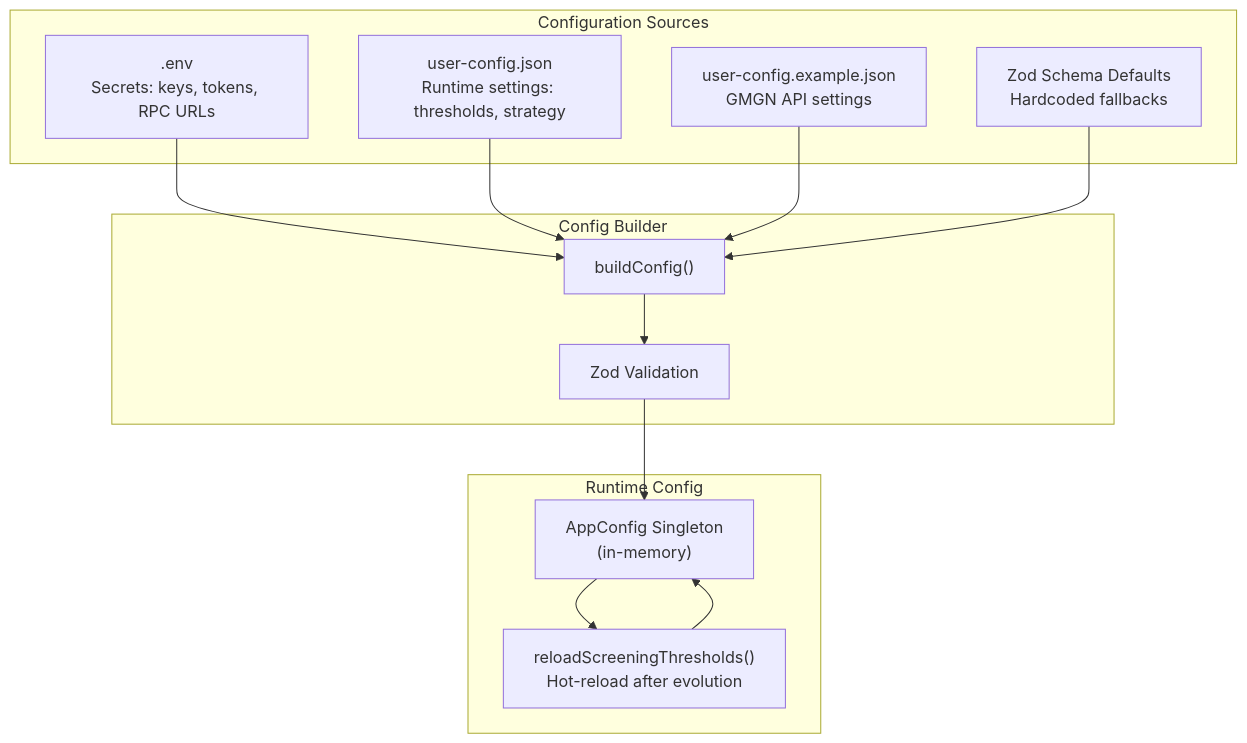
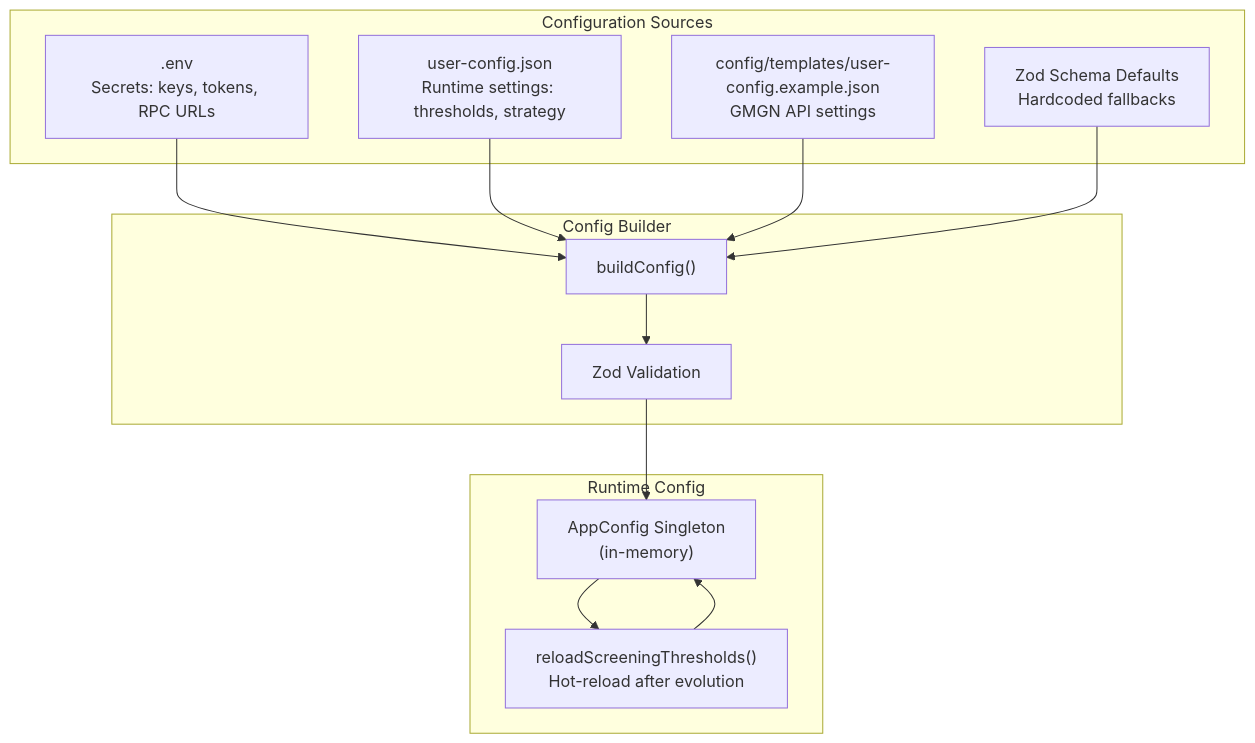
Before and after one commit to romankurnovskii/etemaro: the fourth of 19 diagrams in docs/FULL_FLOW.md, drawn with Mermaid. The commit also changed 19 other files, not shown here.

Commit message:
chore: update config templates, Config.ts, docs and misc (runtime config ignored)

````diff
--- a/docs/FULL_FLOW.md
+++ b/docs/FULL_FLOW.md
@@ -228,28 +228,28 @@
 ```mermaid
 graph TD
     subgraph "Configuration Sources"
         ENV[".env<br/>Secrets: keys, tokens, RPC URLs"]
         USER["user-config.json<br/>Runtime settings: thresholds, strategy"]
-        GMGN_CFG["user-config.example.json<br/>GMGN API settings"]
+        GMGN_CFG["config/templates/user-config.example.json<br/>GMGN API settings"]
         DEFAULTS["Zod Schema Defaults<br/>Hardcoded fallbacks"]
     end
 
     subgraph "Config Builder"
         MERGE["buildConfig()"]
         ZOD_VALIDATE["Zod Validation"]
     end
 
     subgraph "Runtime Config"
         APP_CFG["AppConfig Singleton<br/>(in-memory)"]
         RELOAD["reloadScreeningThresholds()<br/>Hot-reload after evolution"]
     end
 
     ENV --> MERGE
     USER --> MERGE
     GMGN_CFG --> MERGE
     DEFAULTS --> MERGE
     MERGE --> ZOD_VALIDATE
     ZOD_VALIDATE --> APP_CFG
     APP_CFG --> RELOAD
     RELOAD --> APP_CFG
 ```
````
